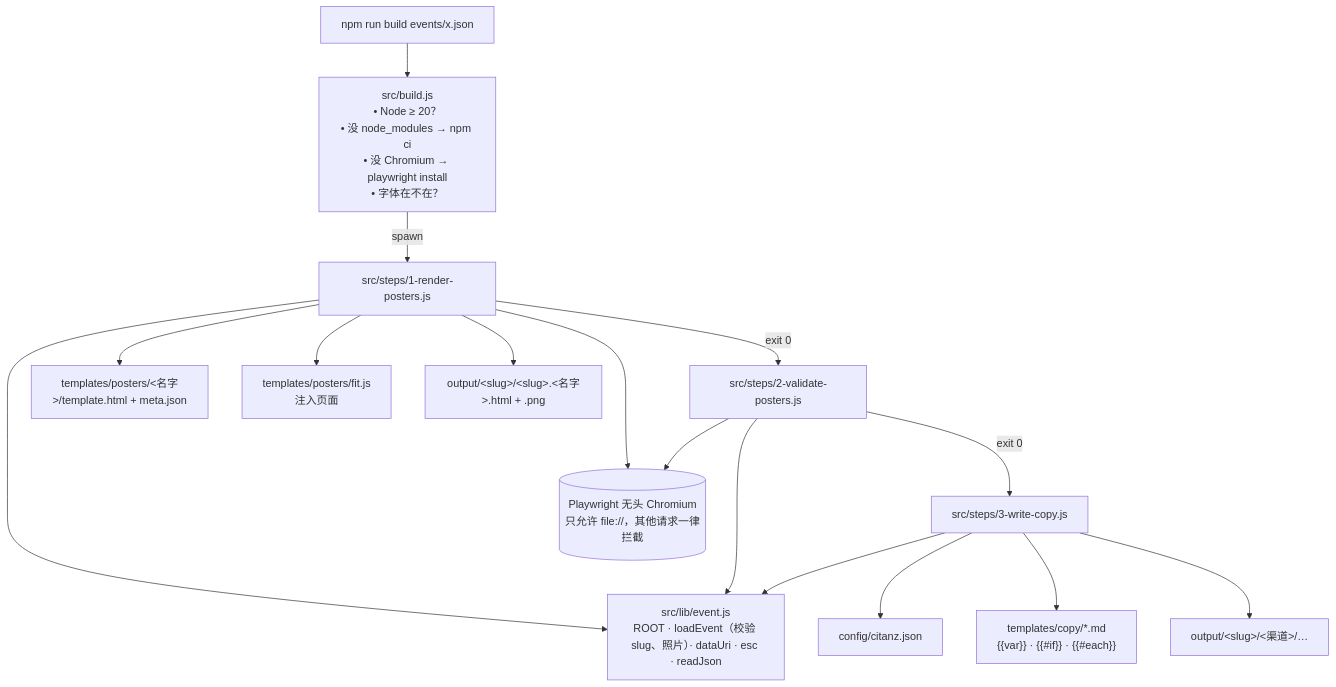
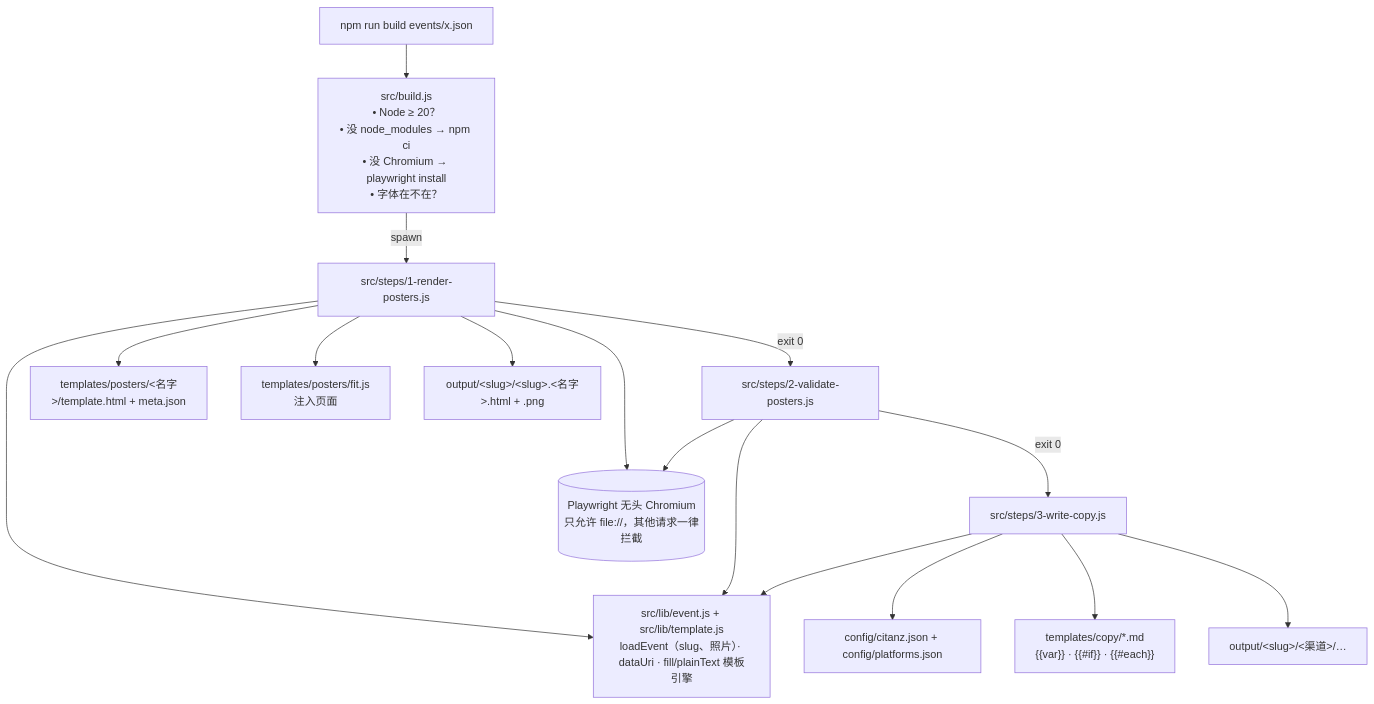
Before and after one commit to GabrielPower1969/citanz-meetup-generator: the second of 4 diagrams in docs/ARCHITECTURE.zh-CN.md, drawn with Mermaid. The commit also changed 17 other files, not shown here.

Commit message:
Consolidation: shared template engine, config/platforms.json (image sizes + copy limits with provenance), limit checks in the copy step, 19 tests (npm test), event-recap skill (LinkedIn + 小红书), skills index, CLAUDE.md where-to-look table

````diff
--- a/docs/ARCHITECTURE.zh-CN.md
+++ b/docs/ARCHITECTURE.zh-CN.md
@@ -45,16 +45,16 @@
 ```mermaid
 flowchart TD
   CLI["npm run build events/x.json"] --> B["src/build.js<br/>• Node ≥ 20？<br/>• 没 node_modules → npm ci<br/>• 没 Chromium → playwright install<br/>• 字体在不在？"]
   B -->|spawn| S1["src/steps/1-render-posters.js"]
   S1 -->|exit 0| S2["src/steps/2-validate-posters.js"]
   S2 -->|exit 0| S3["src/steps/3-write-copy.js"]
-  S1 & S2 & S3 --> L["src/lib/event.js<br/>ROOT · loadEvent（校验 slug、照片）· dataUri · esc · readJson"]
+  S1 & S2 & S3 --> L["src/lib/event.js + src/lib/template.js<br/>loadEvent（slug、照片）· dataUri · fill/plainText 模板引擎"]
   S1 --> T1["templates/posters/&lt;名字&gt;/template.html + meta.json"]
   S1 --> FJ["templates/posters/fit.js<br/>注入页面"]
   S1 --> PW[("Playwright 无头 Chromium<br/>只允许 file://，其他请求一律拦截")]
   S2 --> PW
-  S3 --> CF["config/citanz.json"]
+  S3 --> CF["config/citanz.json + config/platforms.json"]
   S3 --> T2["templates/copy/*.md<br/>{{var}} · {{#if}} · {{#each}}"]
   S1 --> O1["output/&lt;slug&gt;/&lt;slug&gt;.&lt;名字&gt;.html + .png"]
   S3 --> O2["output/&lt;slug&gt;/&lt;渠道&gt;/…"]
 ```
````
